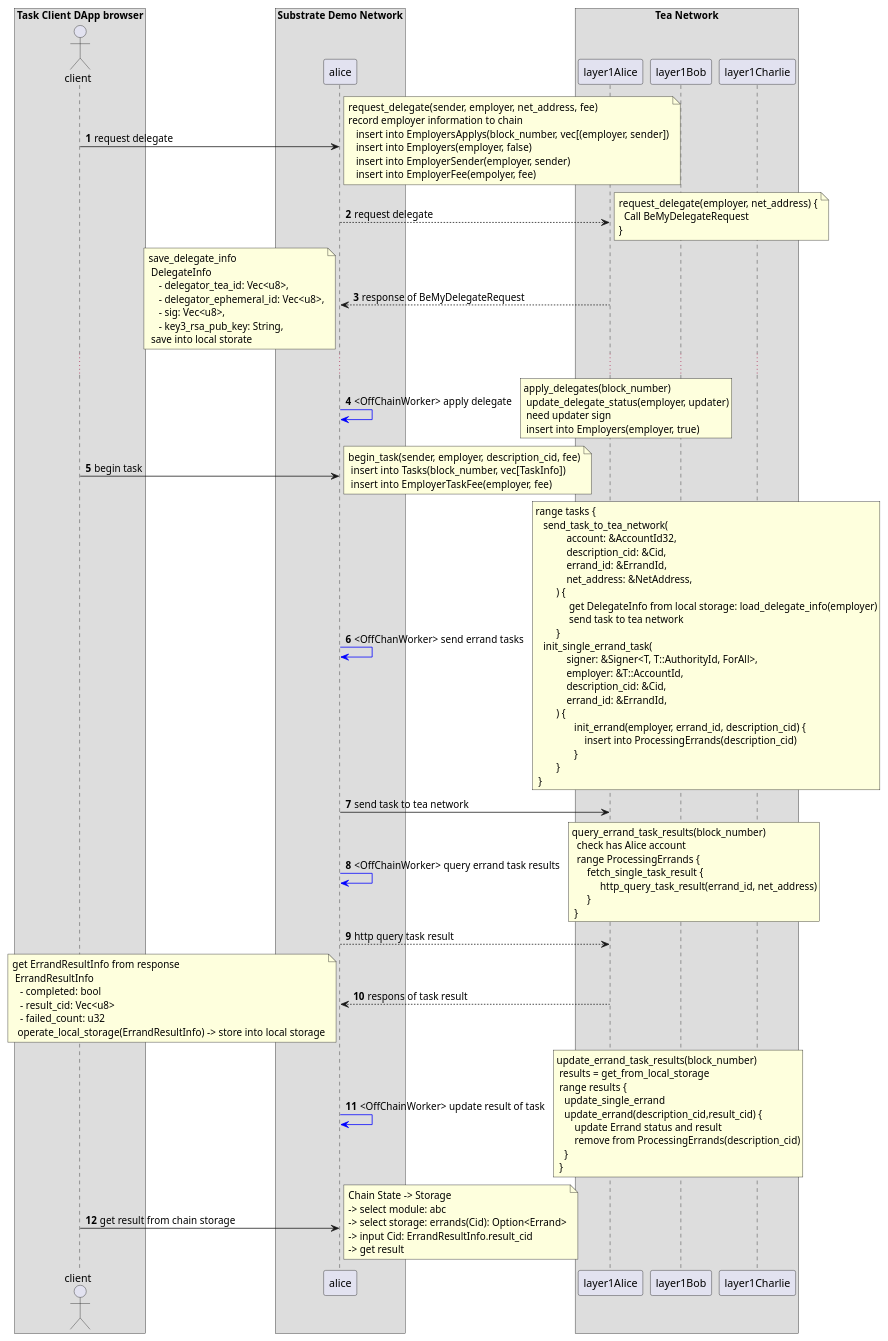
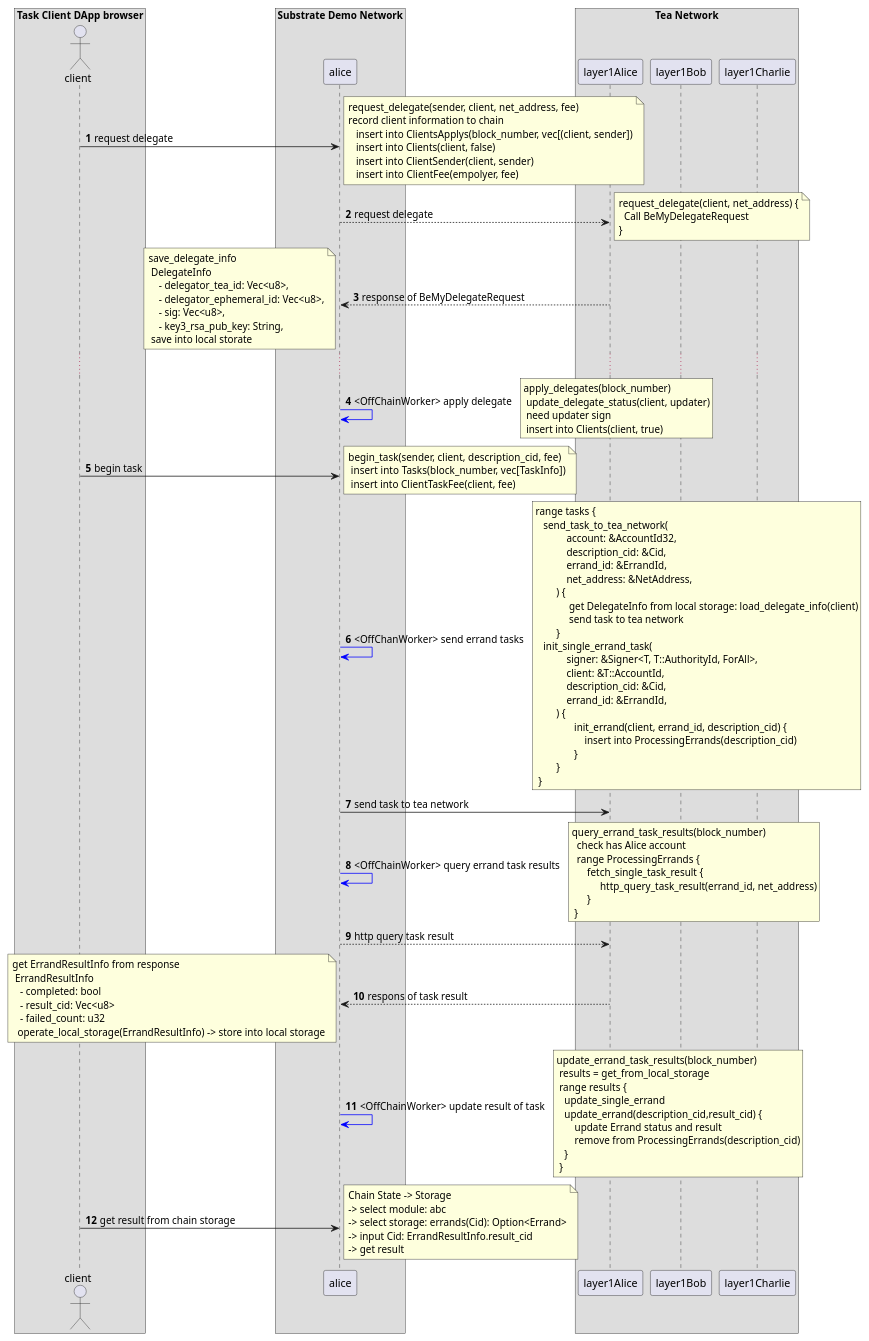
One commit to tearust/tea-docs changed the diagram in Try_the_demo/Run_task_on_other_blockchain_sequence.md. Above: the diagram before and after it, drawn with PlantUML. The commit also changed 6 other files, not shown here.

Commit message:
rename employer to client

```diff
--- a/Try_the_demo/Run_task_on_other_blockchain_sequence.md
+++ b/Try_the_demo/Run_task_on_other_blockchain_sequence.md
@@ -18,17 +18,17 @@
 
 client->alice: request delegate
 note right
-request_delegate(sender, employer, net_address, fee)
-record employer information to chain
-   insert into EmployersApplys(block_number, vec[(employer, sender])
-   insert into Employers(employer, false)
-   insert into EmployerSender(employer, sender)
-   insert into EmployerFee(empolyer, fee)
+request_delegate(sender, client, net_address, fee)
+record client information to chain
+   insert into ClientsApplys(block_number, vec[(client, sender])
+   insert into Clients(client, false)
+   insert into ClientSender(client, sender)
+   insert into ClientFee(empolyer, fee)
 end note
 
 alice-->layer1Alice: request delegate
 note right
- request_delegate(employer, net_address) {
+ request_delegate(client, net_address) {
    Call BeMyDelegateRequest
  }
 end note
@@ -49,16 +49,16 @@
 alice-[#blue]>alice: <OffChainWorker> apply delegate
 rnote right
 apply_delegates(block_number)
- update_delegate_status(employer, updater)
+ update_delegate_status(client, updater)
  need updater sign 
- insert into Employers(employer, true)
+ insert into Clients(client, true)
 end note
 
 client->alice: begin task
 note right
-begin_task(sender, employer, description_cid, fee)
+begin_task(sender, client, description_cid, fee)
  insert into Tasks(block_number, vec[TaskInfo])
- insert into EmployerTaskFee(employer, fee)
+ insert into ClientTaskFee(client, fee)
 end note
 
 alice-[#blue]>alice:<OffChanWorker> send errand tasks
@@ -70,16 +70,16 @@
             errand_id: &ErrandId,
             net_address: &NetAddress,
         ) {
-             get DelegateInfo from local storage: load_delegate_info(employer)
+             get DelegateInfo from local storage: load_delegate_info(client)
              send task to tea network
         }
    init_single_errand_task(
             signer: &Signer<T, T::AuthorityId, ForAll>,
-            employer: &T::AccountId,
+            client: &T::AccountId,
             description_cid: &Cid,
             errand_id: &ErrandId,
         ) {
-               init_errand(employer, errand_id, description_cid) {
+               init_errand(client, errand_id, description_cid) {
                    insert into ProcessingErrands(description_cid)
                }
         }
```
